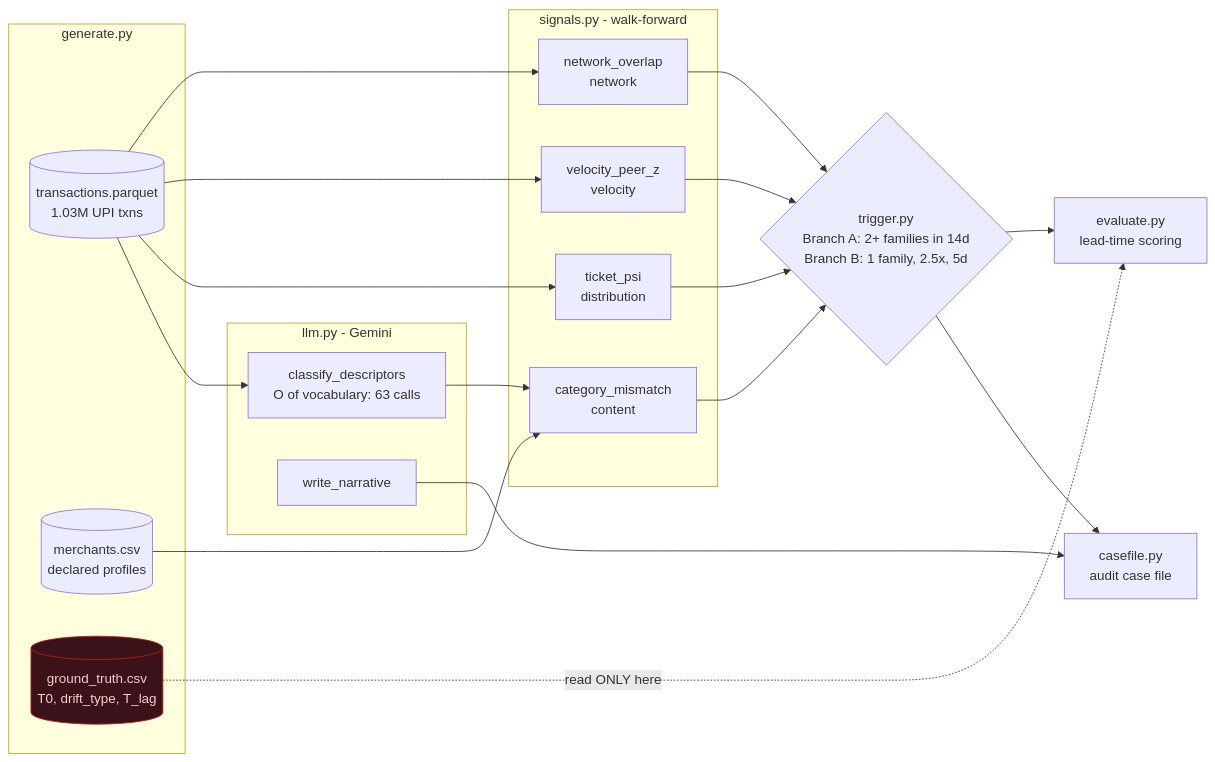
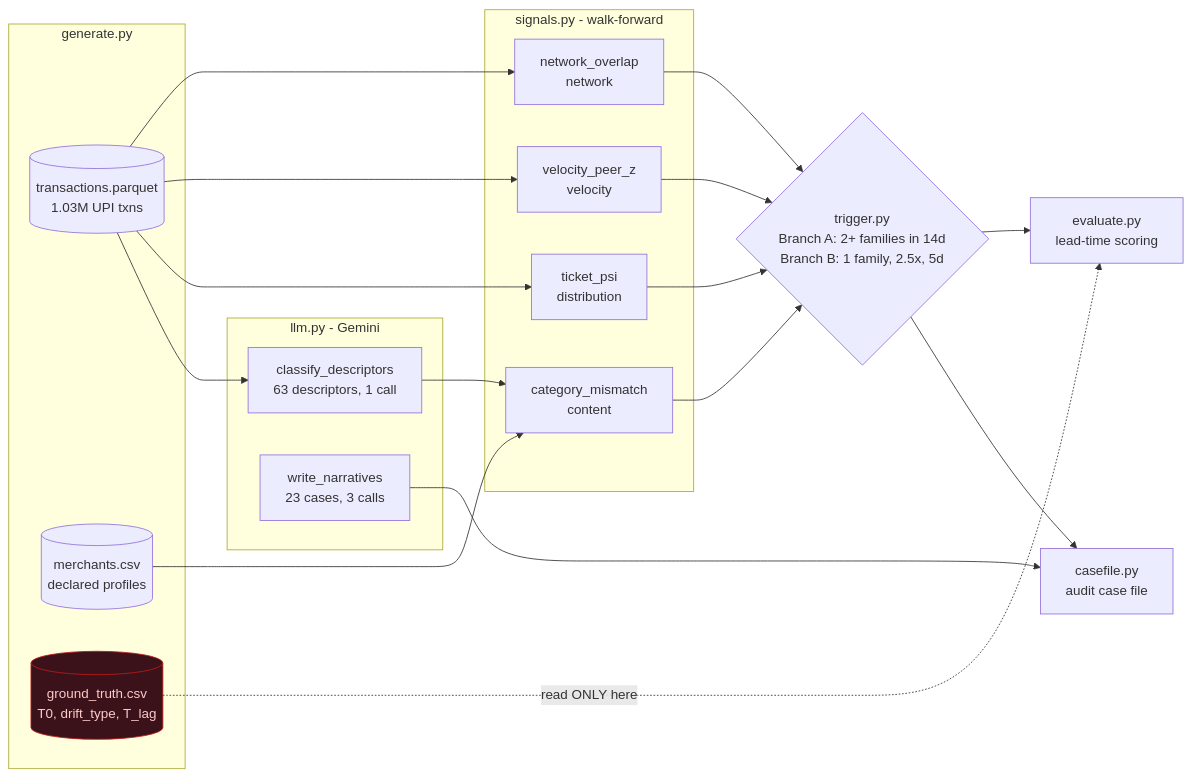
The diagram in docs/architecture.mmd (Nithin2511/DriftWatch-Continuous-merchant-drift-detection-for-Indian-payment-aggregators), drawn with Mermaid before and after one commit. The commit also changed 8 other files, not shown here.

```diff
--- a/docs/architecture.mmd
+++ b/docs/architecture.mmd
@@ -1,40 +1,40 @@
 flowchart LR
   subgraph GEN [generate.py]
     TXN[(transactions.parquet<br/>1.03M UPI txns)]
     MER[(merchants.csv<br/>declared profiles)]
     GT[(ground_truth.csv<br/>T0, drift_type, T_lag)]
   end
 
   subgraph LLMS [llm.py - Gemini]
-    CLS[classify_descriptors<br/>O of vocabulary: 63 calls]
-    NAR[write_narrative]
+    CLS[classify_descriptors<br/>63 descriptors, 1 call]
+    NAR[write_narratives<br/>23 cases, 3 calls]
   end
 
   subgraph SIG [signals.py - walk-forward]
     S1[category_mismatch<br/>content]
     S2[ticket_psi<br/>distribution]
     S3[velocity_peer_z<br/>velocity]
     S4[network_overlap<br/>network]
   end
 
   TRG{trigger.py<br/>Branch A: 2+ families in 14d<br/>Branch B: 1 family, 2.5x, 5d}
   CASE[casefile.py<br/>audit case file]
   EVAL[evaluate.py<br/>lead-time scoring]
 
   TXN --> CLS
   CLS --> S1
   MER --> S1
   TXN --> S2
   TXN --> S3
   TXN --> S4
   S1 --> TRG
   S2 --> TRG
   S3 --> TRG
   S4 --> TRG
   TRG --> CASE
   NAR --> CASE
   TRG --> EVAL
   GT -. read ONLY here .-> EVAL
 
   classDef truth fill:#3b1219,stroke:#b91c1c,color:#fecaca
   class GT truth
```
